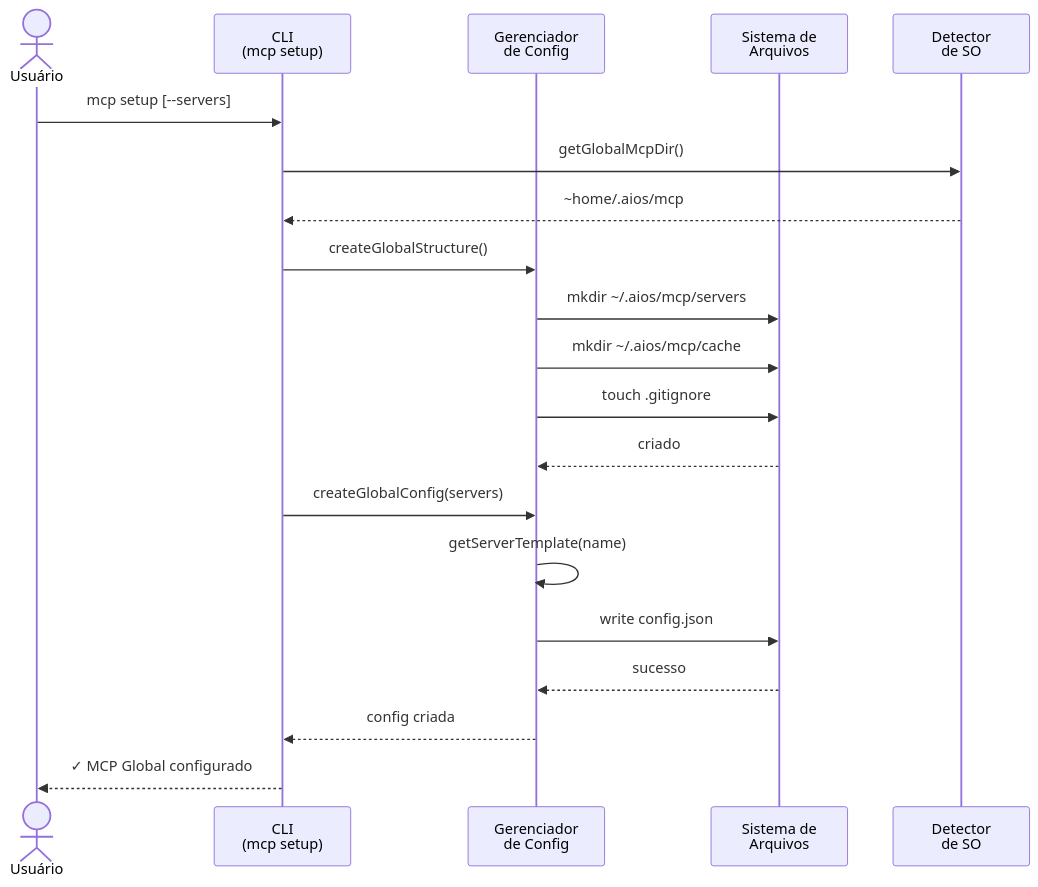
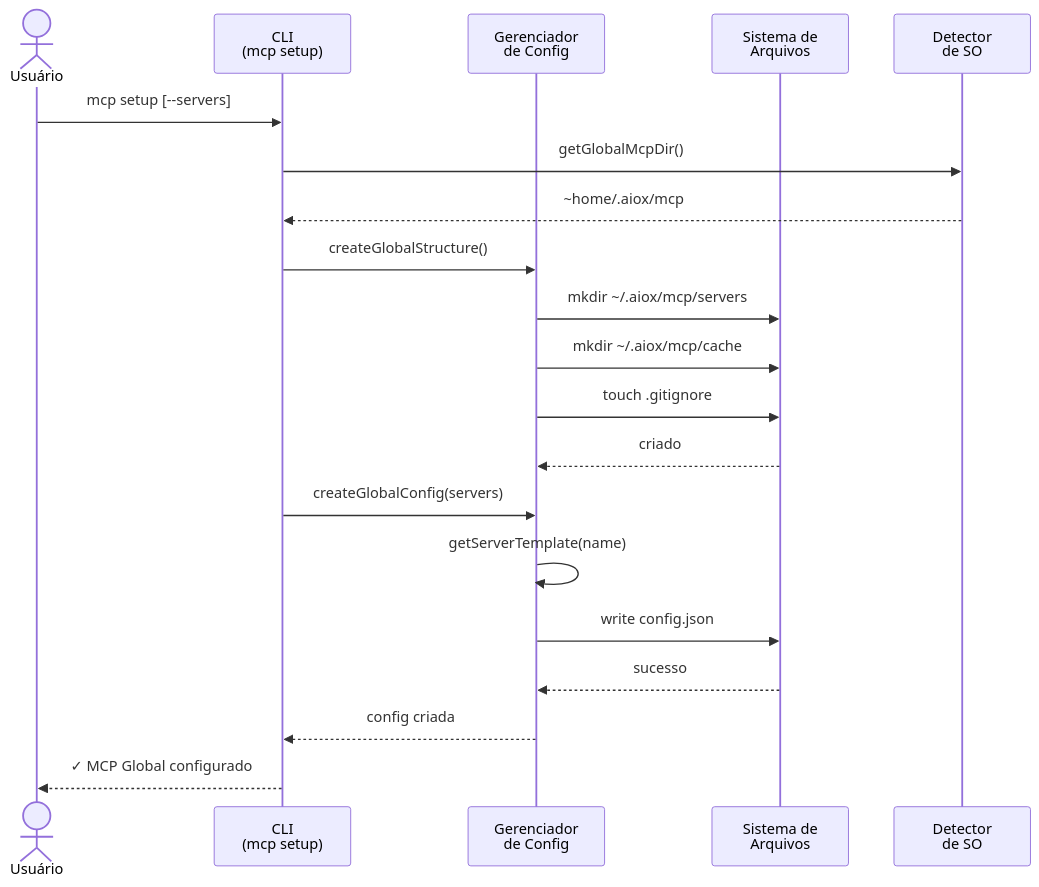
The first of 2 diagrams in docs/pt/architecture/mcp-system-diagrams.md (brunajunckes/aiox-core), drawn with Mermaid before and after one commit. The commit also changed other lines of this file and 3396 other files, not shown here.

First line of the commit message:
chore: rebrand aios → aiox across entire codebase (#552)

````diff
--- a/docs/pt/architecture/mcp-system-diagrams.md
+++ b/docs/pt/architecture/mcp-system-diagrams.md
@@ -17,23 +17,23 @@
 ```mermaid
 sequenceDiagram
     actor User as Usuário
     participant CLI as CLI<br/>(mcp setup)
     participant Mgr as Gerenciador<br/>de Config
     participant FS as Sistema de<br/>Arquivos
     participant Detector as Detector<br/>de SO
 
     User->>CLI: mcp setup [--servers]
     CLI->>Detector: getGlobalMcpDir()
-    Detector-->>CLI: ~home/.aios/mcp
+    Detector-->>CLI: ~home/.aiox/mcp
     CLI->>Mgr: createGlobalStructure()
-    Mgr->>FS: mkdir ~/.aios/mcp/servers
-    Mgr->>FS: mkdir ~/.aios/mcp/cache
+    Mgr->>FS: mkdir ~/.aiox/mcp/servers
+    Mgr->>FS: mkdir ~/.aiox/mcp/cache
     Mgr->>FS: touch .gitignore
     FS-->>Mgr: criado
     CLI->>Mgr: createGlobalConfig(servers)
     Mgr->>Mgr: getServerTemplate(name)
     Mgr->>FS: write config.json
     FS-->>Mgr: sucesso
     Mgr-->>CLI: config criada
     CLI-->>User: ✓ MCP Global configurado
 ```
````
